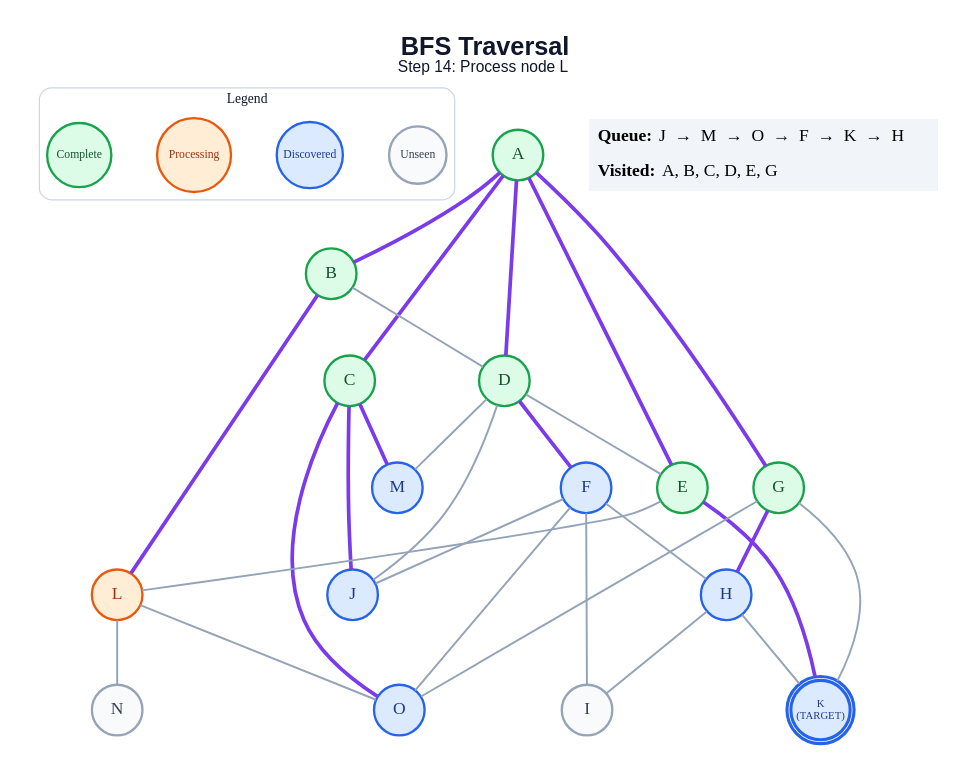
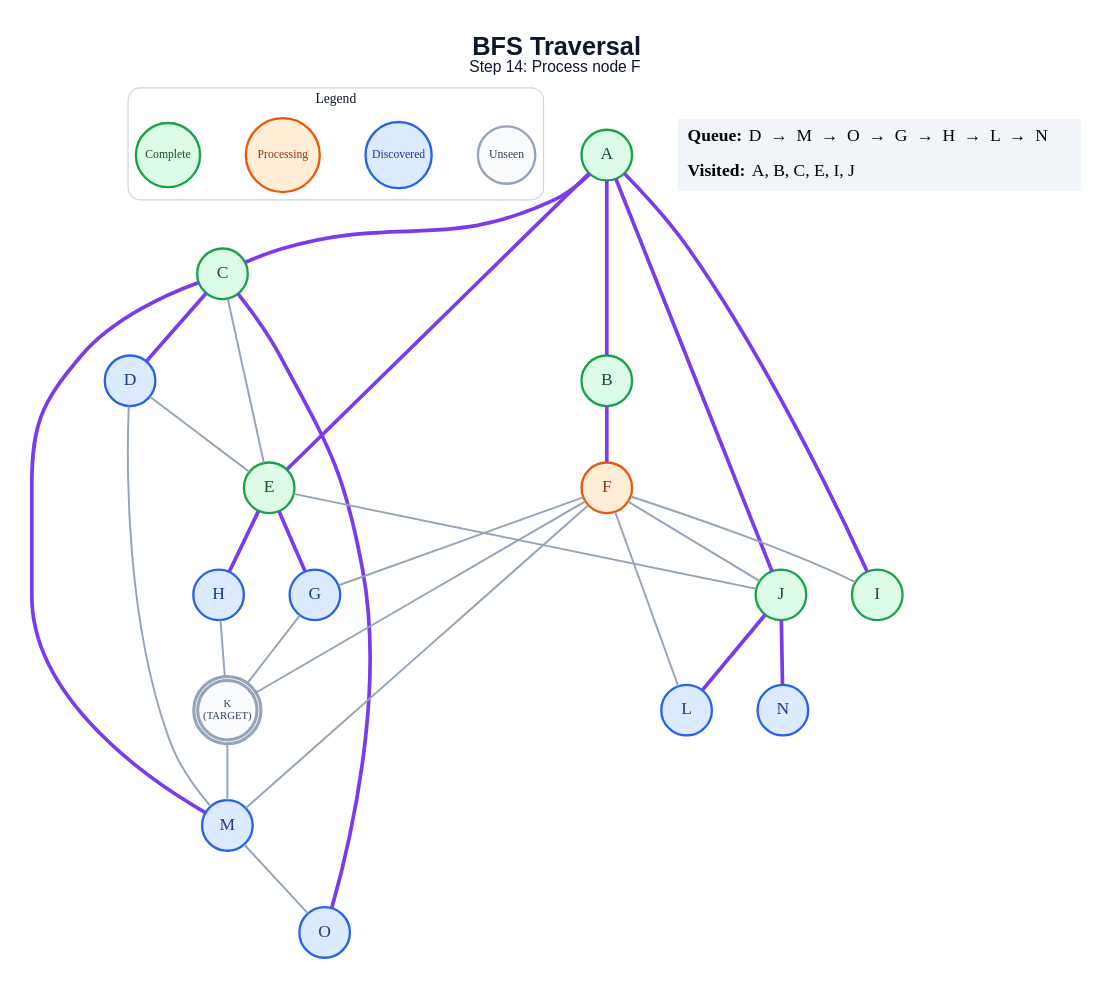
The diagram in generated/specific-node/bfs/step_14.dot (anon7238593-create/ai-slop), drawn with Graphviz before and after one commit. The commit also changed 278 other files, not shown here.

```diff
--- a/generated/specific-node/bfs/step_14.dot
+++ b/generated/specific-node/bfs/step_14.dot
@@ -1,61 +1,61 @@
 graph traversal {
   graph [layout=dot, rankdir=TB, bgcolor="#FFFFFF", pad="0.35", nodesep="0.65", ranksep="0.8", fontname="Arial"];
   node [shape=circle, style="filled", fontname="Arial Bold", fontsize=18, width=0.72, fixedsize=true, penwidth=2.4];
   edge [color="#94A3B8", penwidth=2.0];
-  label=<<B>BFS Traversal</B><BR/><FONT POINT-SIZE="16">Step 14: Process node L</FONT>>; labelloc="t"; fontsize=26; fontname="Arial"; fontcolor="#0F172A";
+  label=<<B>BFS Traversal</B><BR/><FONT POINT-SIZE="16">Step 14: Process node F</FONT>>; labelloc="t"; fontsize=26; fontname="Arial"; fontcolor="#0F172A";
   subgraph cluster_legend { label="Legend"; color="#CBD5E1"; penwidth=1.2; style="rounded"; fontsize=14; fontname="Arial Bold";
     key_unseen [label="Unseen", fillcolor="#F8FAFC", color="#94A3B8", fontcolor="#334155", fontsize=12, width=0.82];
     key_frontier [label="Discovered", fillcolor="#DBEAFE", color="#2563EB", fontcolor="#1E3A8A", fontsize=12, width=0.95];
     key_current [label="Processing", fillcolor="#FFEDD5", color="#EA580C", fontcolor="#9A3412", fontsize=12, width=1.05];
     key_done [label="Complete", fillcolor="#DCFCE7", color="#16A34A", fontcolor="#14532D", fontsize=12, width=0.92];
     { rank=same; key_unseen; key_frontier; key_current; key_done; }
   }
   A [label="A", fillcolor="#DCFCE7", color="#16A34A", fontcolor="#14532D", peripheries=1, penwidth=2.4];
   B [label="B", fillcolor="#DCFCE7", color="#16A34A", fontcolor="#14532D", peripheries=1, penwidth=2.4];
   C [label="C", fillcolor="#DCFCE7", color="#16A34A", fontcolor="#14532D", peripheries=1, penwidth=2.4];
-  D [label="D", fillcolor="#DCFCE7", color="#16A34A", fontcolor="#14532D", peripheries=1, penwidth=2.4];
+  D [label="D", fillcolor="#DBEAFE", color="#2563EB", fontcolor="#1E3A8A", peripheries=1, penwidth=2.4];
   E [label="E", fillcolor="#DCFCE7", color="#16A34A", fontcolor="#14532D", peripheries=1, penwidth=2.4];
-  F [label="F", fillcolor="#DBEAFE", color="#2563EB", fontcolor="#1E3A8A", peripheries=1, penwidth=2.4];
-  G [label="G", fillcolor="#DCFCE7", color="#16A34A", fontcolor="#14532D", peripheries=1, penwidth=2.4];
+  F [label="F", fillcolor="#FFEDD5", color="#EA580C", fontcolor="#9A3412", peripheries=1, penwidth=2.4];
+  G [label="G", fillcolor="#DBEAFE", color="#2563EB", fontcolor="#1E3A8A", peripheries=1, penwidth=2.4];
   H [label="H", fillcolor="#DBEAFE", color="#2563EB", fontcolor="#1E3A8A", peripheries=1, penwidth=2.4];
-  I [label="I", fillcolor="#F8FAFC", color="#94A3B8", fontcolor="#334155", peripheries=1, penwidth=2.4];
-  J [label="J", fillcolor="#DBEAFE", color="#2563EB", fontcolor="#1E3A8A", peripheries=1, penwidth=2.4];
-  K [label="K\n(TARGET)", fillcolor="#DBEAFE", color="#2563EB", fontcolor="#1E3A8A", peripheries=2, penwidth=3.2, fontsize=11, width=0.85, height=0.85];
-  L [label="L", fillcolor="#FFEDD5", color="#EA580C", fontcolor="#9A3412", peripheries=1, penwidth=2.4];
+  I [label="I", fillcolor="#DCFCE7", color="#16A34A", fontcolor="#14532D", peripheries=1, penwidth=2.4];
+  J [label="J", fillcolor="#DCFCE7", color="#16A34A", fontcolor="#14532D", peripheries=1, penwidth=2.4];
+  K [label="K\n(TARGET)", fillcolor="#F8FAFC", color="#94A3B8", fontcolor="#334155", peripheries=2, penwidth=3.2, fontsize=11, width=0.85, height=0.85];
+  L [label="L", fillcolor="#DBEAFE", color="#2563EB", fontcolor="#1E3A8A", peripheries=1, penwidth=2.4];
   M [label="M", fillcolor="#DBEAFE", color="#2563EB", fontcolor="#1E3A8A", peripheries=1, penwidth=2.4];
-  N [label="N", fillcolor="#F8FAFC", color="#94A3B8", fontcolor="#334155", peripheries=1, penwidth=2.4];
+  N [label="N", fillcolor="#DBEAFE", color="#2563EB", fontcolor="#1E3A8A", peripheries=1, penwidth=2.4];
   O [label="O", fillcolor="#DBEAFE", color="#2563EB", fontcolor="#1E3A8A", peripheries=1, penwidth=2.4];
   A -- B [color="#7C3AED", penwidth=3.8];
   A -- C [color="#7C3AED", penwidth=3.8];
-  A -- D [color="#7C3AED", penwidth=3.8];
   A -- E [color="#7C3AED", penwidth=3.8];
-  A -- G [color="#7C3AED", penwidth=3.8];
-  B -- D;
-  B -- L [color="#7C3AED", penwidth=3.8];
-  C -- J [color="#7C3AED", penwidth=3.8];
+  A -- I [color="#7C3AED", penwidth=3.8];
+  A -- J [color="#7C3AED", penwidth=3.8];
+  B -- F [color="#7C3AED", penwidth=3.8];
+  C -- D [color="#7C3AED", penwidth=3.8];
+  C -- E;
   C -- M [color="#7C3AED", penwidth=3.8];
   C -- O [color="#7C3AED", penwidth=3.8];
   D -- E;
-  D -- F [color="#7C3AED", penwidth=3.8];
-  D -- J;
   D -- M;
-  E -- K [color="#7C3AED", penwidth=3.8];
-  E -- L;
-  F -- H;
+  E -- G [color="#7C3AED", penwidth=3.8];
+  E -- H [color="#7C3AED", penwidth=3.8];
+  E -- J;
+  F -- G;
   F -- I;
   F -- J;
-  F -- O;
-  G -- H [color="#7C3AED", penwidth=3.8];
+  F -- K;
+  F -- L;
+  F -- M;
   G -- K;
-  G -- O;
-  H -- I;
   H -- K;
-  L -- N;
-  L -- O;
+  J -- L [color="#7C3AED", penwidth=3.8];
+  J -- N [color="#7C3AED", penwidth=3.8];
+  K -- M;
+  M -- O;
   status [shape=plain, fixedsize=false, width=0, height=0, margin=0, label=<
     <TABLE BORDER="0" CELLBORDER="0" CELLPADDING="7" BGCOLOR="#F1F5F9">
-      <TR><TD ALIGN="LEFT"><B>Queue:</B> J  →  M  →  O  →  F  →  K  →  H</TD></TR>
-      <TR><TD ALIGN="LEFT"><B>Visited:</B> A, B, C, D, E, G</TD></TR>
+      <TR><TD ALIGN="LEFT"><B>Queue:</B> D  →  M  →  O  →  G  →  H  →  L  →  N</TD></TR>
+      <TR><TD ALIGN="LEFT"><B>Visited:</B> A, B, C, E, I, J</TD></TR>
     </TABLE>
   >];
 }
```
